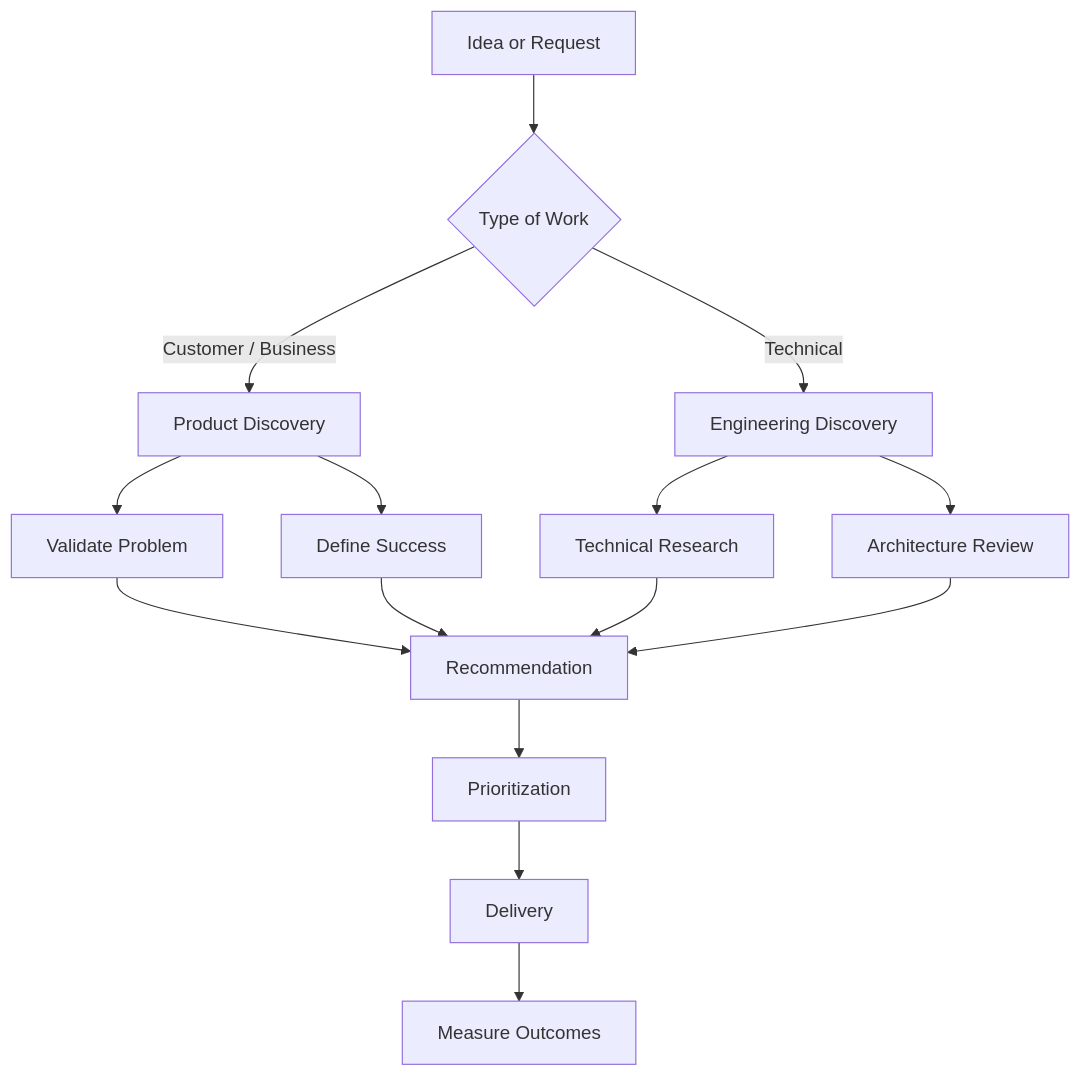
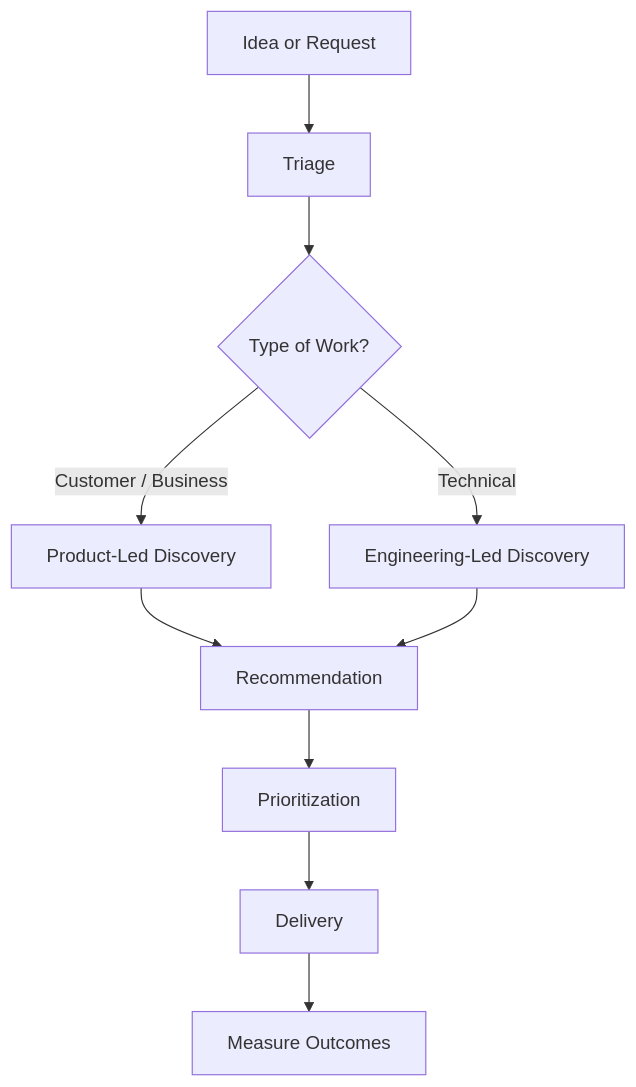
Before and after one commit to ellysheppard9630/product-leadership-playbook: the diagram in 04-discovery/discovery-framework.md, drawn with Mermaid. The commit also changed other lines of this file, not shown here.

First line of the commit message:
Enhance Discovery Framework documentation

````diff
--- a/04-discovery/discovery-framework.md
+++ b/04-discovery/discovery-framework.md
@@ -2,24 +15,21 @@
 ```mermaid
 flowchart TD
 
-A[Idea or Request] --> B{Type of Work}
+A[Idea or Request] --> B[Triage]
 
-B -->|Customer / Business| C[Product Discovery]
+B --> C{Type of Work?}
 
-B -->|Technical| D[Engineering Discovery]
+C -->|Customer / Business| D[Product-Led Discovery]
 
-C --> E[Validate Problem]
-C --> F[Define Success]
+C -->|Technical| E[Engineering-Led Discovery]
 
-D --> G[Technical Research]
-D --> H[Architecture Review]
+D --> F[Recommendation]
 
-E --> I[Recommendation]
-F --> I
-G --> I
-H --> I
+E --> F
 
-I --> J[Prioritization]
-J --> K[Delivery]
-K --> L[Measure Outcomes]
+F --> G[Prioritization]
+
+G --> H[Delivery]
+
+H --> I[Measure Outcomes]
 ```
````
